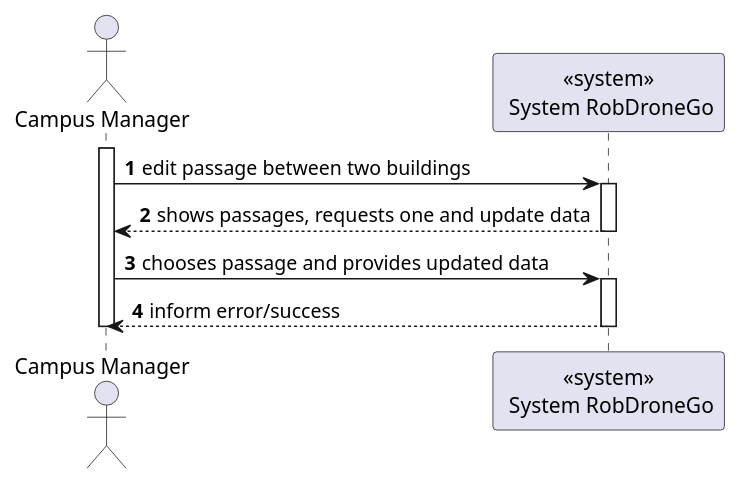
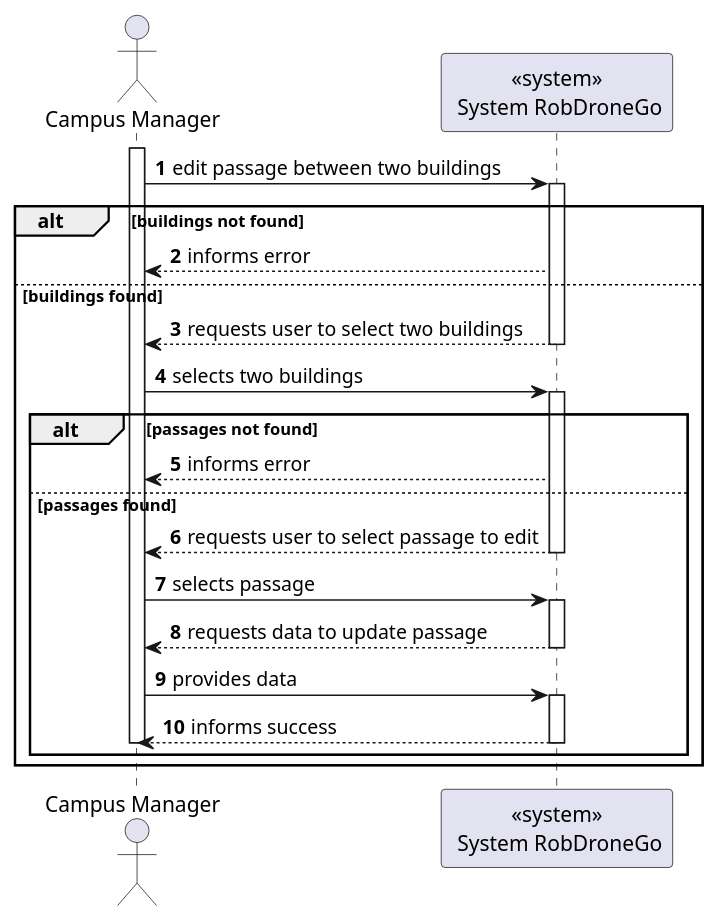
The diagram in docs/us1180/level1/process-view.puml (Departamento-de-Engenharia-Informatica/lapr5-23-24-g19), drawn with PlantUML before and after one commit. The commit also changed 5 other files, not shown here.

```diff
--- a/docs/us1180/level1/process-view.puml
+++ b/docs/us1180/level1/process-view.puml
@@ -1,20 +1,38 @@
 @startuml
 autonumber
 
 actor "Campus Manager" as usr
 
 participant "<<system>>\n System RobDroneGo" as sys
 
 activate usr
     usr -> sys : edit passage between two buildings
     activate sys
-        sys --> usr : shows passages, requests one and update data
+alt buildings not found
+        sys --> usr : informs error
+else buildings found
+        sys --> usr : requests user to select two buildings
     deactivate sys
 
-    usr -> sys : chooses passage and provides updated data
+    usr -> sys : selects two buildings
     activate sys
-        sys --> usr : inform error/success
+alt passages not found 
+        sys --> usr : informs error
+else passages found
+        sys --> usr : requests user to select passage to edit
+    deactivate sys
+
+    usr -> sys : selects passage
+    activate sys
+        sys --> usr : requests data to update passage
+    deactivate sys
+
+    usr -> sys : provides data
+    activate sys
+        sys --> usr : informs success
     deactivate sys
 deactivate usr
+end
+end
 
 @enduml
```
